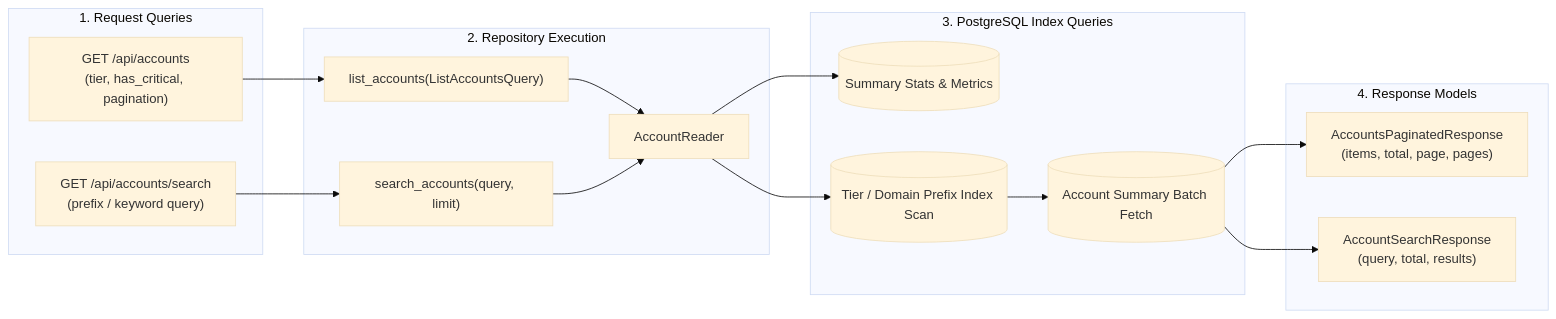
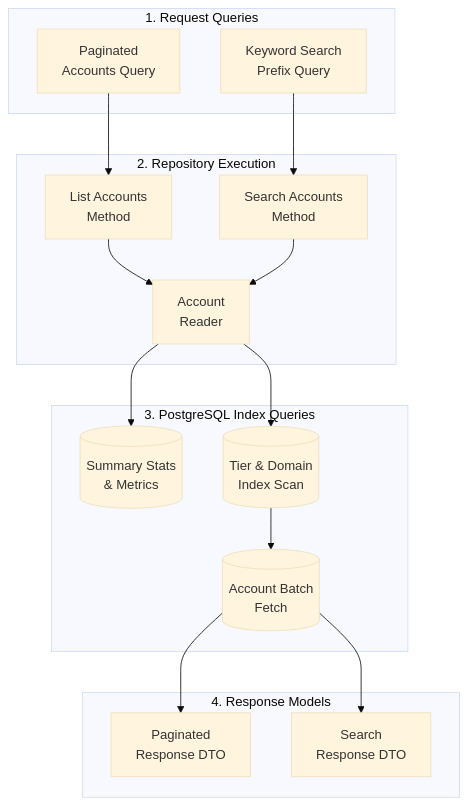
One commit to dev-anuj007/cyber_intel changed the fourth of 4 diagrams in backend/src/services/accounts/README.md. Above: the diagram before and after it, drawn with Mermaid (base theme). The commit also changed other lines of this file, not shown here.

````diff
--- a/backend/src/services/accounts/README.md
+++ b/backend/src/services/accounts/README.md
@@ -188,34 +208,34 @@
 ```mermaid
-flowchart LR
+flowchart TD
     subgraph ClientReqs["1. Request Queries"]
-        ReqList["GET /api/accounts<br/>(tier, has_critical, pagination)"]
-        ReqSearch["GET /api/accounts/search<br/>(prefix / keyword query)"]
+        ReqList["Paginated<br/>Accounts Query"]
+        ReqSearch["Keyword Search<br/>Prefix Query"]
     end
 
     subgraph QueryExecution["2. Repository Execution"]
-        ListSvc["list_accounts(ListAccountsQuery)"]
-        SearchSvc["search_accounts(query, limit)"]
-        Reader["AccountReader"]
+        ListSvc["List Accounts<br/>Method"]
+        SearchSvc["Search Accounts<br/>Method"]
+        Reader["Account<br/>Reader"]
     end
 
     subgraph DBQueries["3. PostgreSQL Index Queries"]
-        StatsQuery[("Summary Stats & Metrics")]
-        IndexScan[("Tier / Domain Prefix Index Scan")]
-        BatchFetch[("Account Summary Batch Fetch")]
+        StatsQuery[("Summary Stats<br/>& Metrics")]
+        IndexScan[("Tier & Domain<br/>Index Scan")]
+        BatchFetch[("Account Batch<br/>Fetch")]
     end
 
     subgraph Responses["4. Response Models"]
-        ListOut["AccountsPaginatedResponse<br/>(items, total, page, pages)"]
-        SearchOut["AccountSearchResponse<br/>(query, total, results)"]
+        ListOut["Paginated<br/>Response DTO"]
+        SearchOut["Search<br/>Response DTO"]
     end
 
     ReqList --> ListSvc
     ReqSearch --> SearchSvc
     ListSvc --> Reader
     SearchSvc --> Reader
     Reader --> StatsQuery
     Reader --> IndexScan
     IndexScan --> BatchFetch
     BatchFetch --> ListOut
     BatchFetch --> SearchOut
 ```
````
